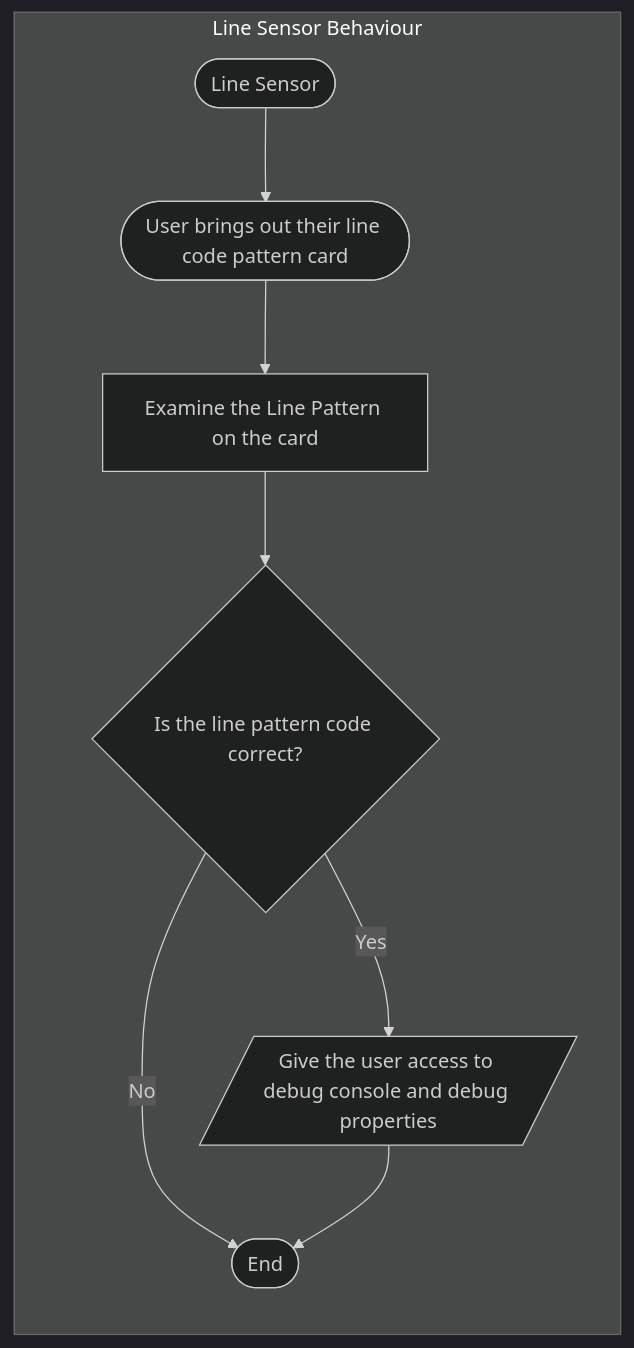
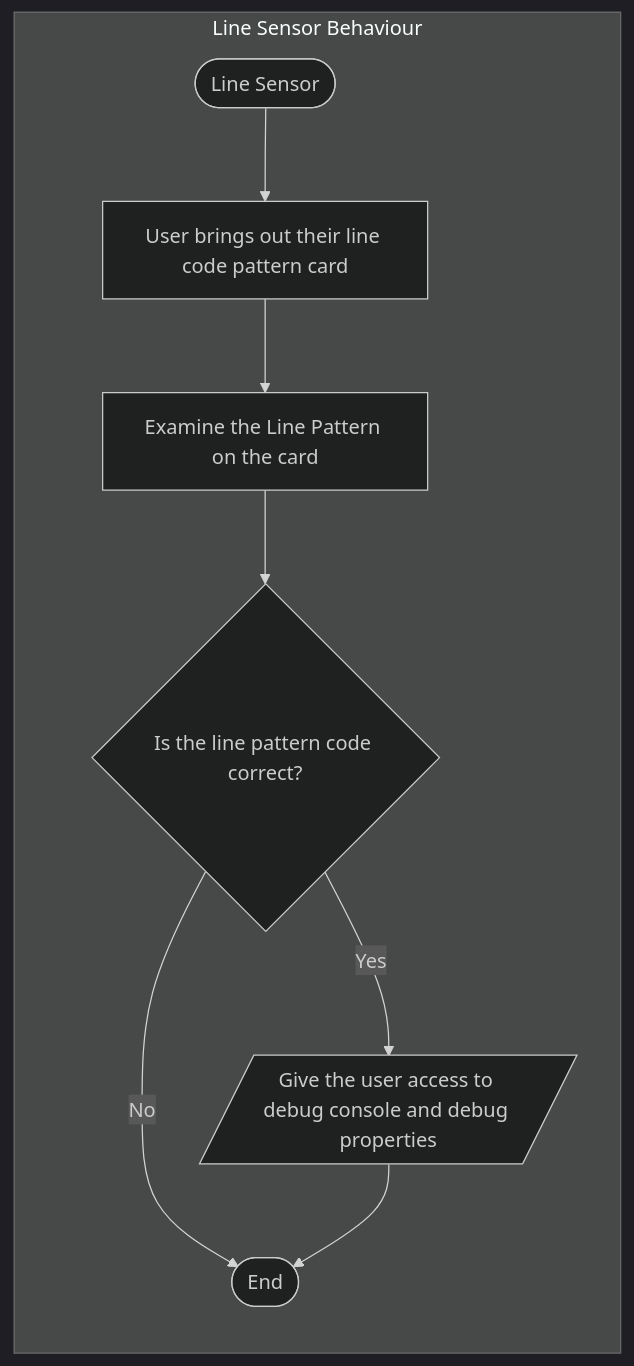
One commit to Camasaurus/0157863-SmartDevice2023 changed the second of 10 diagrams in logic.md. Above: the diagram before and after it, drawn with Mermaid (dark theme). The commit also changed other lines of this file, not shown here.

````diff
--- a/logic.md
+++ b/logic.md
@@ -26,17 +26,16 @@
 ```mermaid
 flowchart LR
     Start([Line Sensor])
-    lineVariable([User brings out their line code pattern card])
+    lineVariable[User brings out their line code pattern card]
     examineLineCode[Examine the Line Pattern on the card]
     lineCodeCheck{Is the line pattern code correct?}
     lineDebugPrivelege[/Give the user access to debug console and debug properties/]
     finish([End])
 
     subgraph Line Sensor Behaviour
     Start-->lineVariable-->examineLineCode-->lineCodeCheck
     lineCodeCheck-->|Yes|lineDebugPrivelege
     lineCodeCheck-->|No|finish
     lineDebugPrivelege-->finish
     end
-
 ```
````
